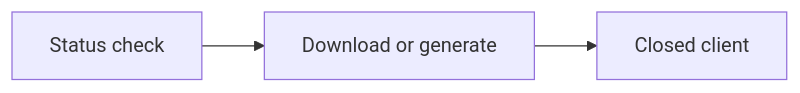
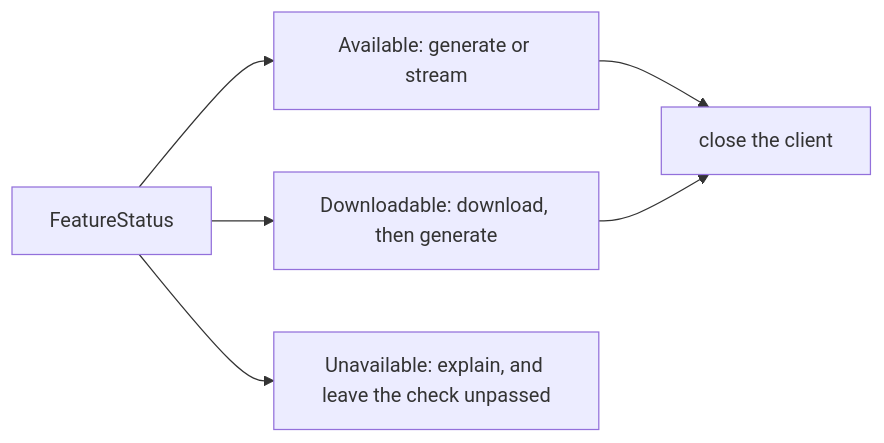
Before and after one commit to mohamedmabrouk582/Android-Ai-Lab: the diagram in lab-prompt-api/README.md, drawn with Mermaid. The commit also changed other lines of this file and 41 other files, not shown here.

````diff
--- a/lab-prompt-api/README.md
+++ b/lab-prompt-api/README.md
@@ -13,4 +25,8 @@
 ```mermaid
 flowchart LR
-  n0["Status check"] --> n1["Download or generate"] --> n2["Closed client"]
+  status["FeatureStatus"] --> available["Available: generate or stream"]
+  status --> downloadable["Downloadable: download, then generate"]
+  status --> unavailable["Unavailable: explain, and leave the check unpassed"]
+  available --> close["close the client"]
+  downloadable --> close
 ```
````
